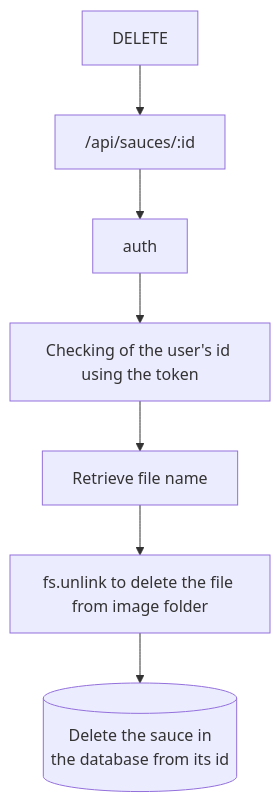
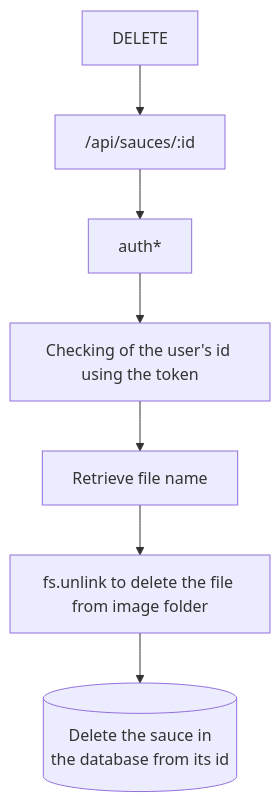
The seventh of 7 diagrams in README.md (Krock13/Piiquante), drawn with Mermaid before and after one commit. The commit also changed other lines of this file, not shown here.

````diff
--- a/README.md
+++ b/README.md
@@ -152,15 +152,15 @@
 ```mermaid
 graph  TD  
 
 A[DELETE]  -->  B["/"api/sauces/:id]
 
-B  -->  C[auth]
+B  -->  C[auth*]
 
 C  -->  D[Checking of the user's id using the token]
 
 D  -->  E[Retrieve file name]
 
 E  -->  F[fs.unlink to delete the file from image folder]
 
 F  -->  G[(Delete the sauce in <br />the database from its id)]
 ```
````
